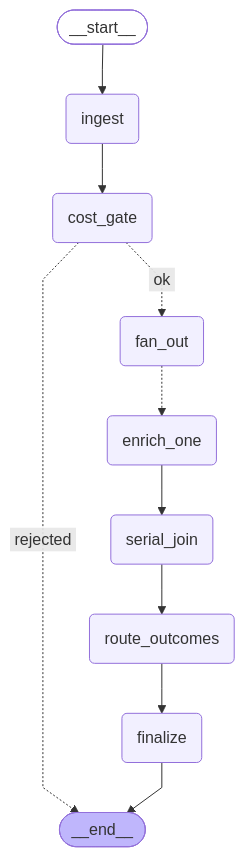
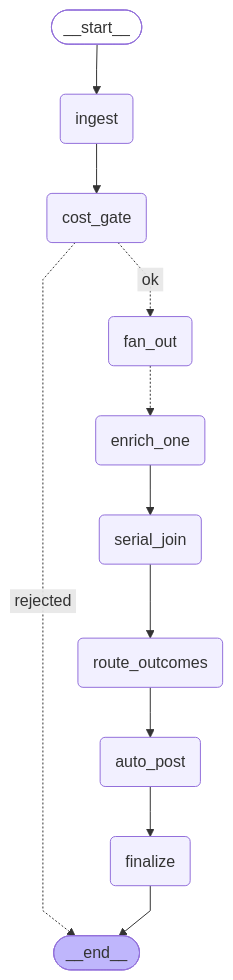
One commit to quockhanh41/Vietnamese-Invoice-agent changed the diagram in docs/diagrams/batch_graph.mmd. Above: the diagram before and after it, drawn with Mermaid. The commit also changed 2 other files, not shown here.

Commit message:
feat(m5a): add the auto_post node, the first caller of the journal repo
Walks state['auto'], maps each invoice's category to its seeded TT133 accounts,
and posts through tools/guards.py. One transaction per invoice: a single bad
entry must not roll back every other entry in the batch.

A NULL category, an unseeded category or a guard denial moves the invoice to
needs_approval rather than ending the batch — and no account is invented for it.

Claude-Session: https://claude.ai/code/session_016trAebLxBJCuoFxsdQCQWW

```diff
--- a/docs/diagrams/batch_graph.mmd
+++ b/docs/diagrams/batch_graph.mmd
@@ -1,27 +1,29 @@
 ---
 config:
   flowchart:
     curve: linear
 ---
 graph TD;
 	__start__([<p>__start__</p>]):::first
 	ingest(ingest)
 	cost_gate(cost_gate)
 	fan_out(fan_out)
 	enrich_one(enrich_one)
 	serial_join(serial_join)
 	route_outcomes(route_outcomes)
+	auto_post(auto_post)
 	finalize(finalize)
 	__end__([<p>__end__</p>]):::last
 	__start__ --> ingest;
+	auto_post --> finalize;
 	cost_gate -. &nbsp;rejected&nbsp; .-> __end__;
 	cost_gate -. &nbsp;ok&nbsp; .-> fan_out;
 	enrich_one --> serial_join;
 	fan_out -.-> enrich_one;
 	ingest --> cost_gate;
-	route_outcomes --> finalize;
+	route_outcomes --> auto_post;
 	serial_join --> route_outcomes;
 	finalize --> __end__;
 	classDef default fill:#f2f0ff,line-height:1.2
 	classDef first fill-opacity:0
 	classDef last fill:#bfb6fc
```
